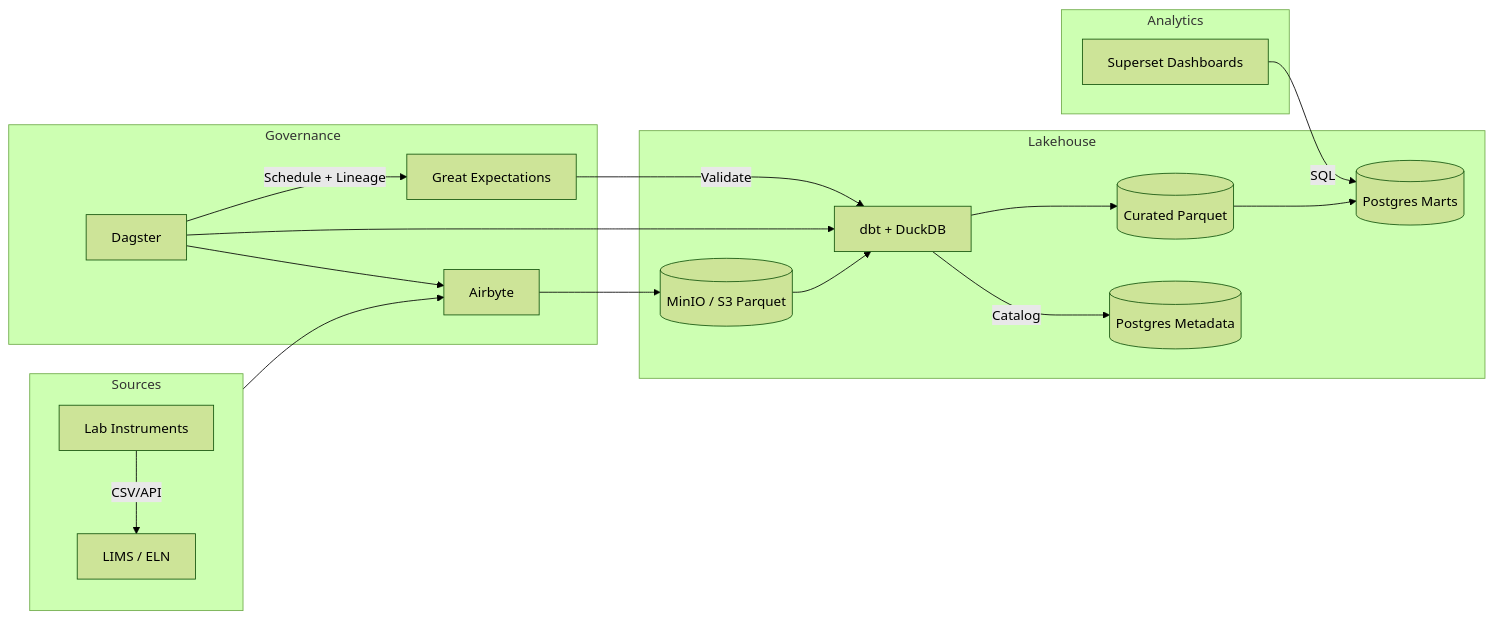
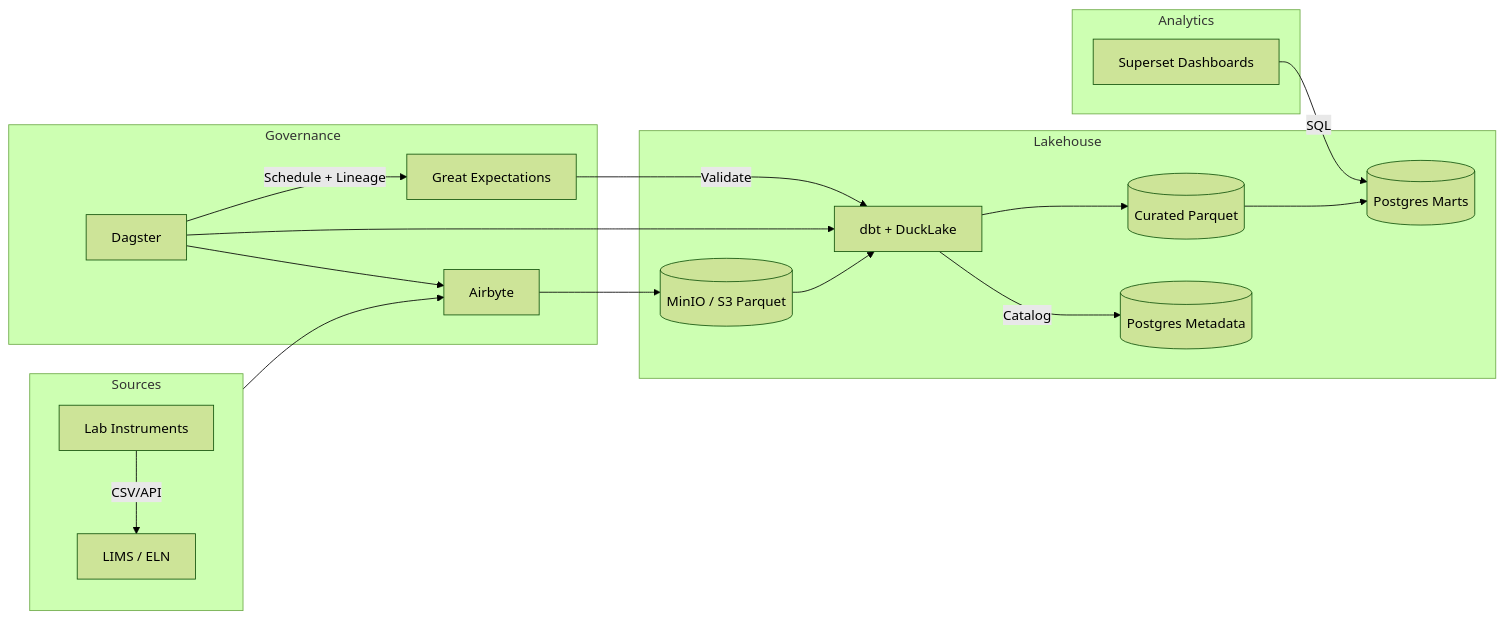
The diagram in readme.md (iamgp/phlo), drawn with Mermaid (forest theme) before and after one commit. The commit also changed other lines of this file and 35 other files, not shown here.

````diff
--- a/readme.md
+++ b/readme.md
@@ -322,23 +323,23 @@
 ```mermaid
 flowchart LR
   subgraph Sources
     A[Lab Instruments] -->|CSV/API| B[LIMS / ELN]
   end
   subgraph Lakehouse
-    LZ[(MinIO / S3 Parquet)] --> DBT[dbt + DuckDB]
+    LZ[(MinIO / S3 Parquet)] --> DBT[dbt + DuckLake]
     DBT --> CUR[(Curated Parquet)]
     CUR --> PGS[(Postgres Marts)]
     DBT -->|Catalog| CAT[(Postgres Metadata)]
   end
   subgraph Governance
     GE[Great Expectations] -->|Validate| DBT
     DGS[Dagster] -->|Schedule + Lineage| GE
     DGS --> DBT
     DGS --> AB[Airbyte]
   end
   subgraph Analytics
     SUP[Superset Dashboards] -->|SQL| PGS
   end
   Sources --> AB
   AB --> LZ
 ```
````
